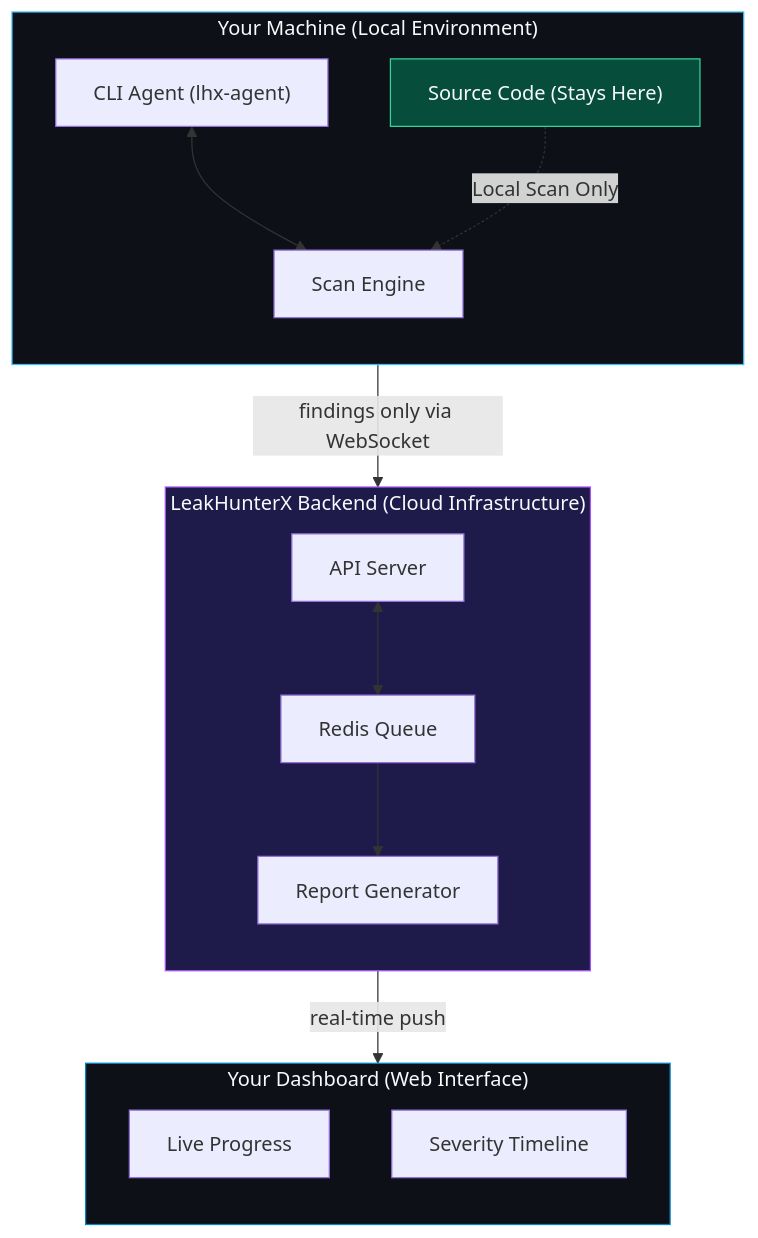
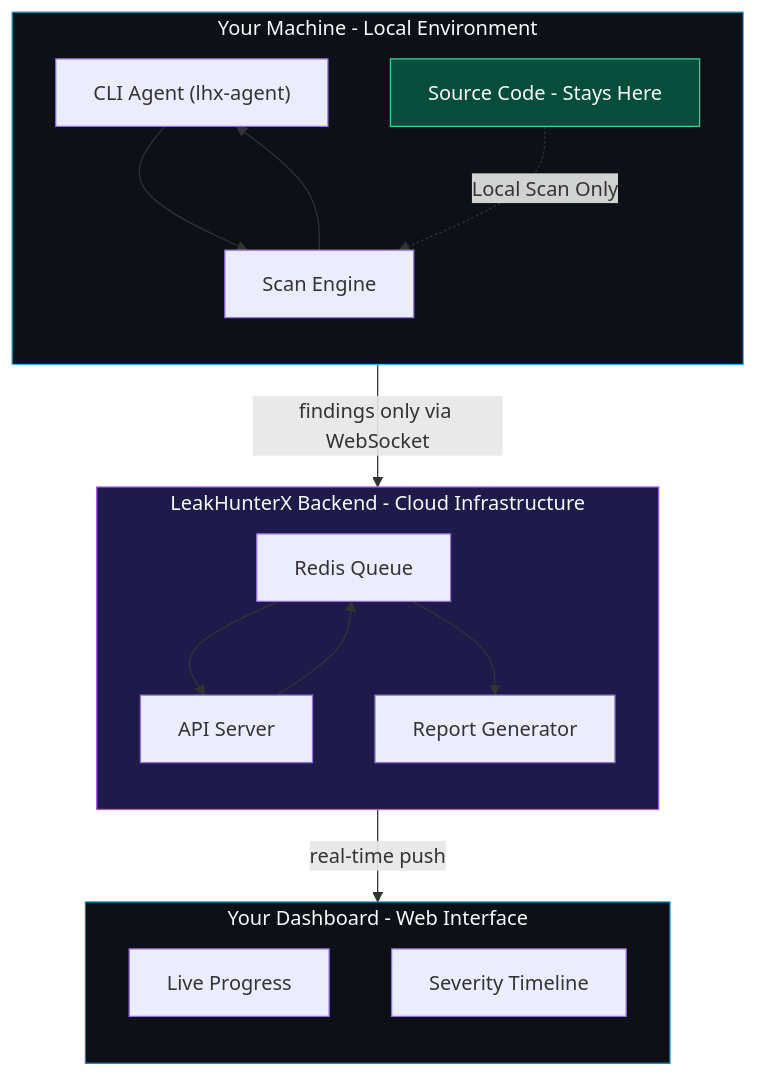
The diagram in README.md (Omkar443/leakhunterx-agent), drawn with Mermaid before and after one commit.

Commit message:
Update architecture diagram formatting in README

````diff
--- a/README.md
+++ b/README.md
@@ -19,36 +19,38 @@
 ```mermaid
 flowchart TD
-    subgraph LocalMachine ["Your Machine (Local Environment)"]
+    subgraph LocalMachine ["Your Machine - Local Environment"]
         direction TB
         CLI["CLI Agent (lhx-agent)"]
         Engine["Scan Engine"]
-        SourceCode["Source Code (Stays Here)"]
+        SourceCode["Source Code - Stays Here"]
         
-        CLI <--> Engine
-        SourceCode -. Local Scan Only .-> Engine
+        CLI --> Engine
+        Engine --> CLI
+        SourceCode -.->|Local Scan Only| Engine
     end
 
-    subgraph Backend ["LeakHunterX Backend (Cloud Infrastructure)"]
+    subgraph Backend ["LeakHunterX Backend - Cloud Infrastructure"]
         direction TB
         Redis["Redis Queue"]
         API["API Server"]
         ReportGen["Report Generator"]
 
-        API <--> Redis
+        API --> Redis
+        Redis --> API
         Redis --> ReportGen
     end
 
-    subgraph Dashboard ["Your Dashboard (Web Interface)"]
+    subgraph Dashboard ["Your Dashboard - Web Interface"]
         direction TB
         Progress["Live Progress"]
         Timeline["Severity Timeline"]
     end
 
-    LocalMachine -- "findings only via WebSocket" --> Backend
-    Backend -- "real-time push" --> Dashboard
+    LocalMachine -->|findings only via WebSocket| Backend
+    Backend -->|real-time push| Dashboard
 
     style LocalMachine fill:#0d1117,stroke:#38bdf8,color:#f8fafc
     style SourceCode fill:#064e3b,stroke:#34d399,color:#f8fafc
     style Backend fill:#1e1b4b,stroke:#a855f7,color:#f8fafc
     style Dashboard fill:#0d1117,stroke:#0284c7,color:#f8fafc
 ```
````
